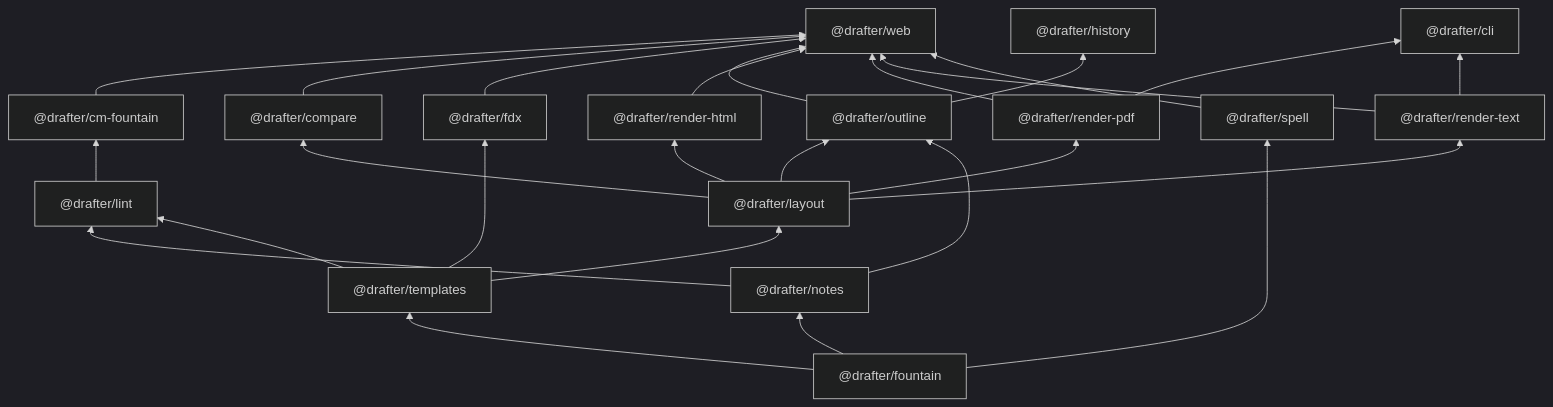
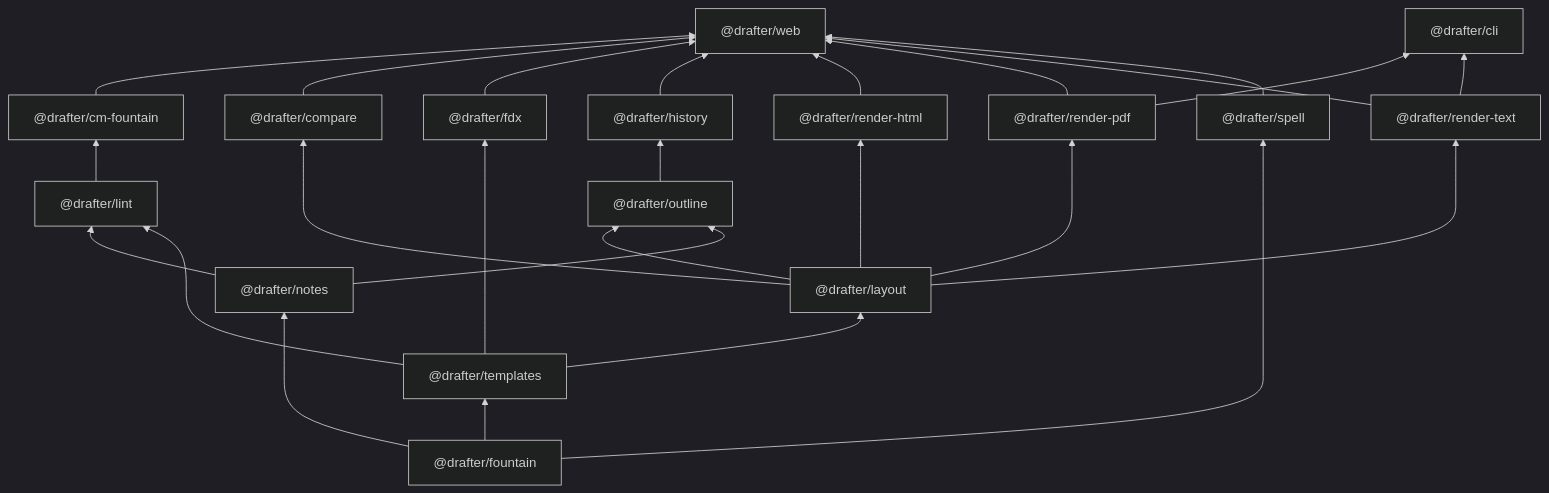
One commit to cschweda/drafter changed the first of 5 diagrams in docs/technical-details.md. Above: the diagram before and after it, drawn with Mermaid (dark theme). The commit also changed 23 other files, not shown here.

First line of the commit message:
feat(web): a history worker that reads snapshots lazily and caches scene prints

````diff
--- a/docs/technical-details.md
+++ b/docs/technical-details.md
@@ -36,44 +36,44 @@
 ```mermaid
 flowchart BT
   web["@drafter/web"]
   cli["@drafter/cli"]
   cm_fountain["@drafter/cm-fountain"]
   outline["@drafter/outline"]
   compare["@drafter/compare"]
   history["@drafter/history"]
   render_pdf["@drafter/render-pdf"]
   render_html["@drafter/render-html"]
   render_text["@drafter/render-text"]
   layout["@drafter/layout"]
   lint["@drafter/lint"]
   fdx["@drafter/fdx"]
   templates["@drafter/templates"]
   notes["@drafter/notes"]
   spell["@drafter/spell"]
   fountain["@drafter/fountain"]
   cm_fountain --> web
   compare --> web
   fdx --> web
-  outline --> web
+  history --> web
   render_html --> web
   render_pdf --> web
   render_text --> web
   spell --> web
   render_pdf --> cli
   render_text --> cli
   lint --> cm_fountain
   layout --> outline
   notes --> outline
   layout --> compare
   outline --> history
   layout --> render_pdf
   layout --> render_html
   layout --> render_text
   templates --> layout
   notes --> lint
   templates --> lint
   templates --> fdx
   fountain --> templates
   fountain --> notes
   fountain --> spell
 ```
````
